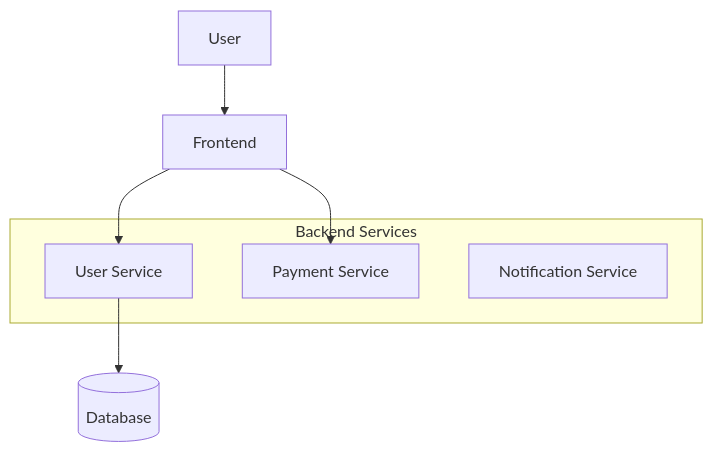
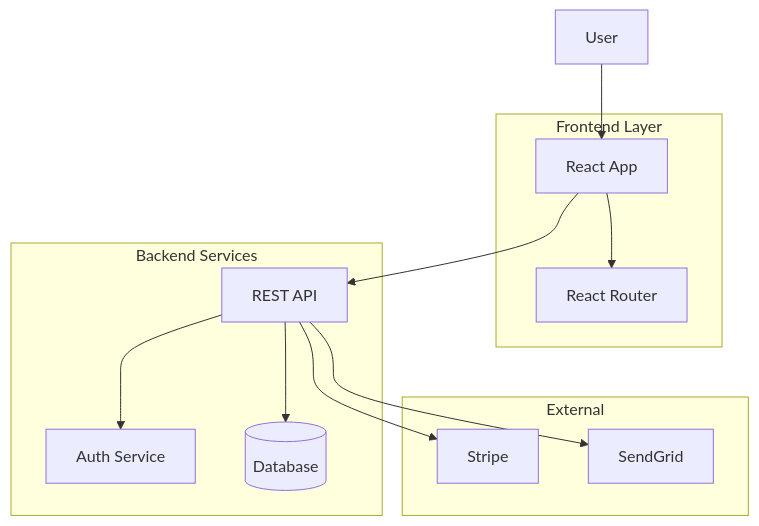
The eighth of 14 diagrams in docs/TechSavvy/mermaid-language-guide.md (WISeAgent/blogs), drawn with Mermaid before and after one commit. The commit also changed other lines of this file and 8 other files, not shown here.

Commit message:
enable mermaid support

````diff
--- a/docs/TechSavvy/mermaid-language-guide.md
+++ b/docs/TechSavvy/mermaid-language-guide.md
@@ -101,12 +137,26 @@
 ```mermaid
-flowchart TB
-    User --> Frontend
+flowchart TD
+    User[User] --> Frontend
+    
+    subgraph "Frontend Layer"
+        Frontend[React App]
+        Frontend --> Router[React Router]
+    end
+    
     subgraph "Backend Services"
-        API1[User Service]
-        API2[Payment Service]
-        API3[Notification Service]
+        API[REST API]
+        Auth[Auth Service]
+        DB[(Database)]
     end
-    Frontend --> API1
-    Frontend --> API2
-    API1 --> DB[(Database)]
+    
+    subgraph "External"
+        Payment[Stripe]
+        Email[SendGrid]
+    end
+    
+    Frontend --> API
+    API --> Auth
+    API --> DB
+    API --> Payment
+    API --> Email
 ```
````
